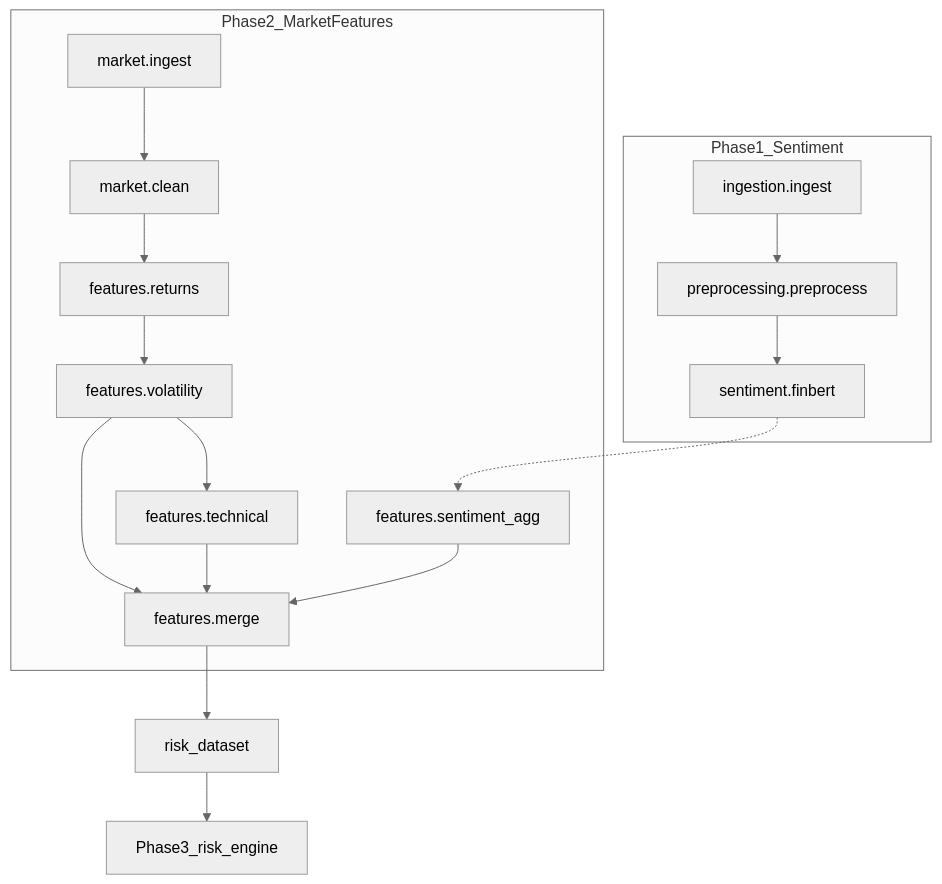
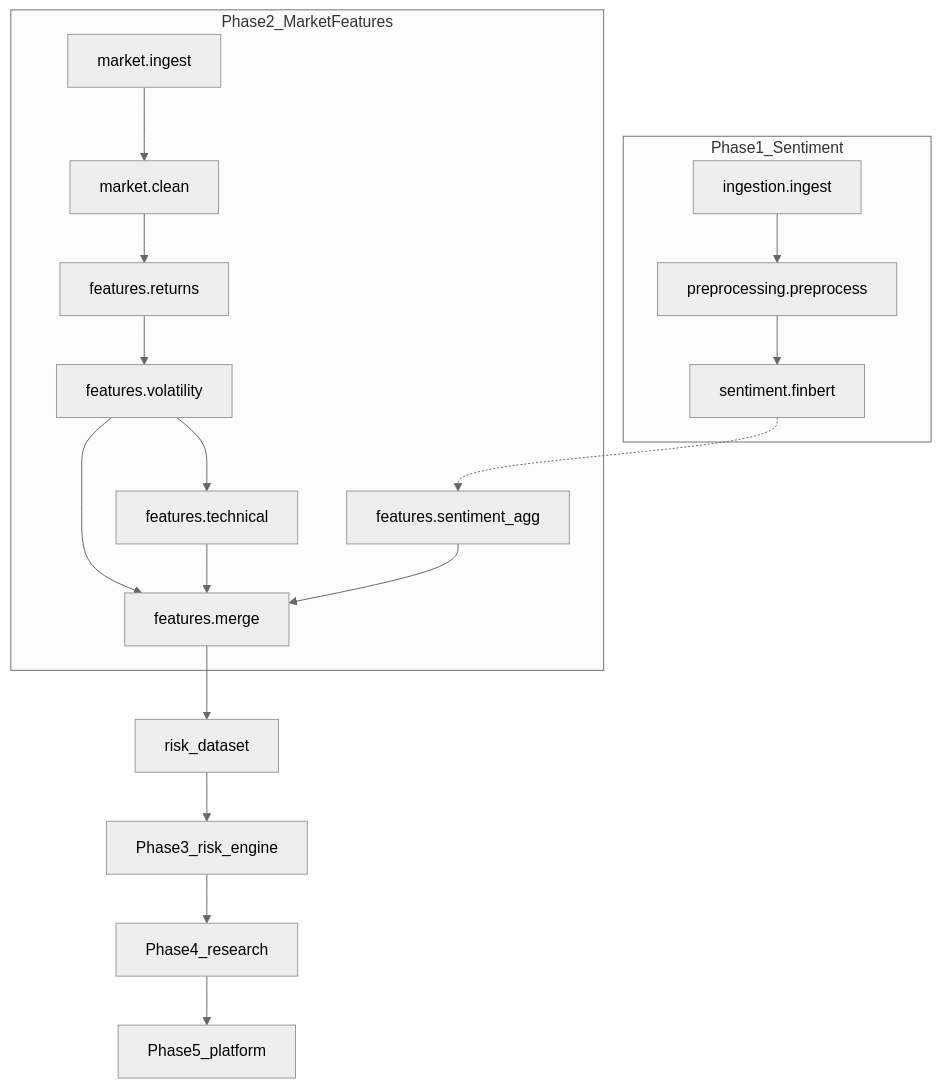
Before and after one commit to R1G12/ai-quant-risk-engine: the diagram in docs/architecture.md, drawn with Mermaid (neutral theme). The commit also changed other lines of this file and 22 other files, not shown here.

````diff
--- a/docs/architecture.md
+++ b/docs/architecture.md
@@ -7,25 +7,27 @@
 ```mermaid
 flowchart TB
   subgraph phase1 [Phase1_Sentiment]
     ingest[ingestion.ingest]
     preprocess[preprocessing.preprocess]
     sentiment[sentiment.finbert]
     ingest --> preprocess --> sentiment
   end
   subgraph phase2 [Phase2_MarketFeatures]
     mIngest[market.ingest]
     mClean[market.clean]
     returns[features.returns]
     volFeat[features.volatility]
     techFeat[features.technical]
     sentFeat[features.sentiment_agg]
     merge[features.merge]
     mIngest --> mClean --> returns --> volFeat --> techFeat
     sentiment -.-> sentFeat
     volFeat --> merge
     techFeat --> merge
     sentFeat --> merge
   end
   merge --> riskOut[risk_dataset]
   riskOut --> riskP3[Phase3_risk_engine]
+  riskP3 --> researchP4[Phase4_research]
+  researchP4 --> platformP5[Phase5_platform]
 ```
````
